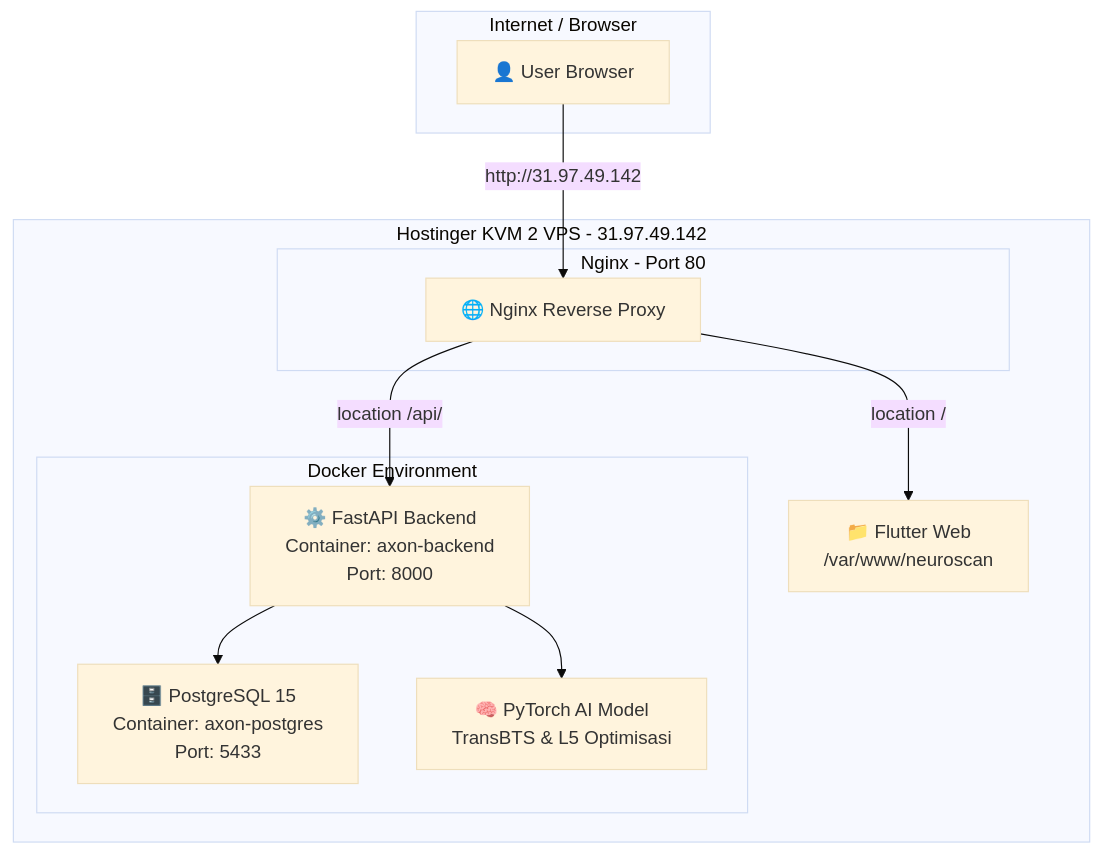
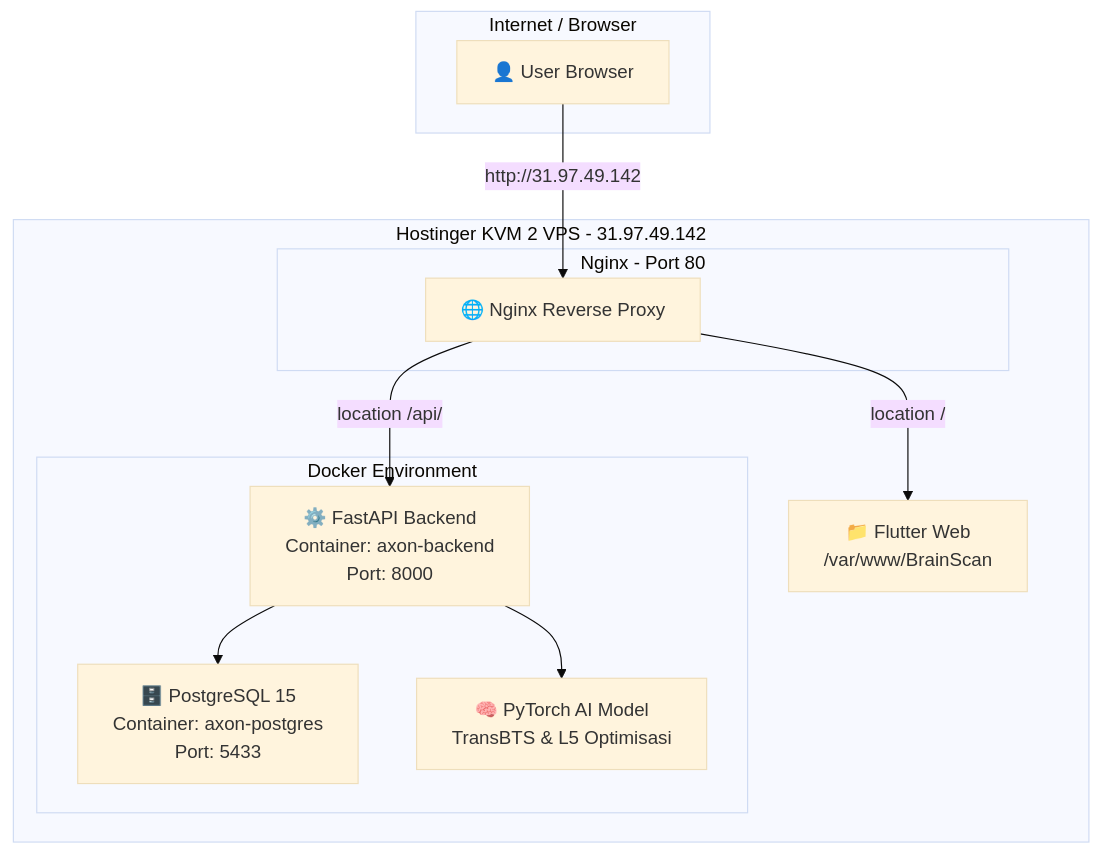
Before and after one commit to RifandyZUl/BrainScanAI: the diagram in project_final_documentation.md, drawn with Mermaid (base theme). The commit also changed other lines of this file and 17 other files, not shown here.

Commit message:
Rebrand system from NeuroScan AI to BrainScan AI across frontend, backend, and documentation

````diff
--- a/project_final_documentation.md
+++ b/project_final_documentation.md
@@ -31,26 +31,26 @@
 ```mermaid
 graph TB
     subgraph "Internet / Browser"
         USER["👤 User Browser"]
     end
 
     subgraph "Hostinger KVM 2 VPS - 31.97.49.142"
         subgraph "Nginx - Port 80"
             NGINX["🌐 Nginx Reverse Proxy"]
         end
 
         subgraph "Docker Environment"
             API["⚙️ FastAPI Backend<br/>Container: axon-backend<br/>Port: 8000"]
             DB["🗄️ PostgreSQL 15<br/>Container: axon-postgres<br/>Port: 5433"]
             AI["🧠 PyTorch AI Model<br/>TransBTS & L5 Optimisasi"]
         end
 
-        STATIC["📁 Flutter Web<br/>/var/www/neuroscan"]
+        STATIC["📁 Flutter Web<br/>/var/www/BrainScan"]
     end
 
     USER -->|"http://31.97.49.142"| NGINX
     NGINX -->|"location /"| STATIC
     NGINX -->|"location /api/"| API
     API --> DB
     API --> AI
 ```
````
